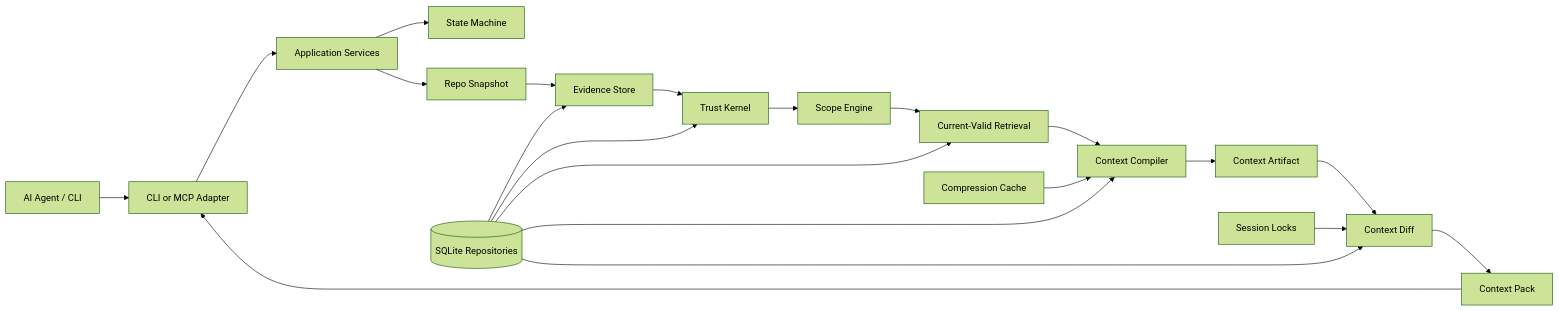
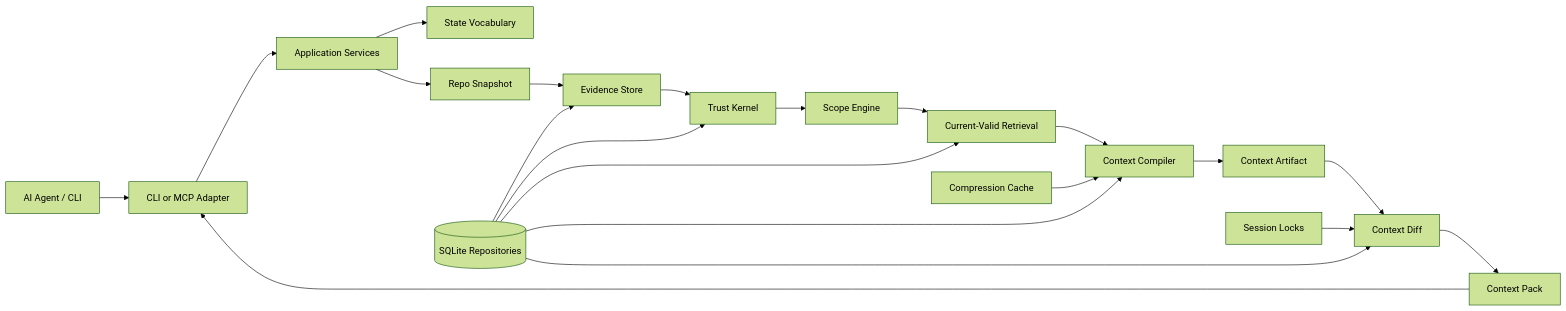
One commit to gael55x/Grape changed the first of 2 diagrams in docs/v1/architecture/overview.md. Above: the diagram before and after it, drawn with Mermaid (forest theme). The commit also changed other lines of this file and 7 other files, not shown here.

First line of the commit message:
docs: distinguish implemented and planned architecture

````diff
--- a/docs/v1/architecture/overview.md
+++ b/docs/v1/architecture/overview.md
@@ -28,23 +28,23 @@
 ```mermaid
 flowchart LR
   Agent[AI Agent / CLI] --> Adapter[CLI or MCP Adapter]
   Adapter --> App[Application Services]
-  App --> State[State Machine]
+  App --> State[State Vocabulary]
   App --> Repo[Repo Snapshot]
   Repo --> Evidence[Evidence Store]
   Evidence --> Trust[Trust Kernel]
   Trust --> Scope[Scope Engine]
   Scope --> Current[Current-Valid Retrieval]
   Current --> Compiler[Context Compiler]
   Compression[Compression Cache] --> Compiler
   Compiler --> Artifact[Context Artifact]
   Artifact --> Diff[Context Diff]
   Sessions[Session Locks] --> Diff
   Diff --> Pack[Context Pack]
   Pack --> Adapter
   Storage[(SQLite Repositories)] --> Evidence
   Storage --> Trust
   Storage --> Current
   Storage --> Compiler
   Storage --> Diff
 ```
````
